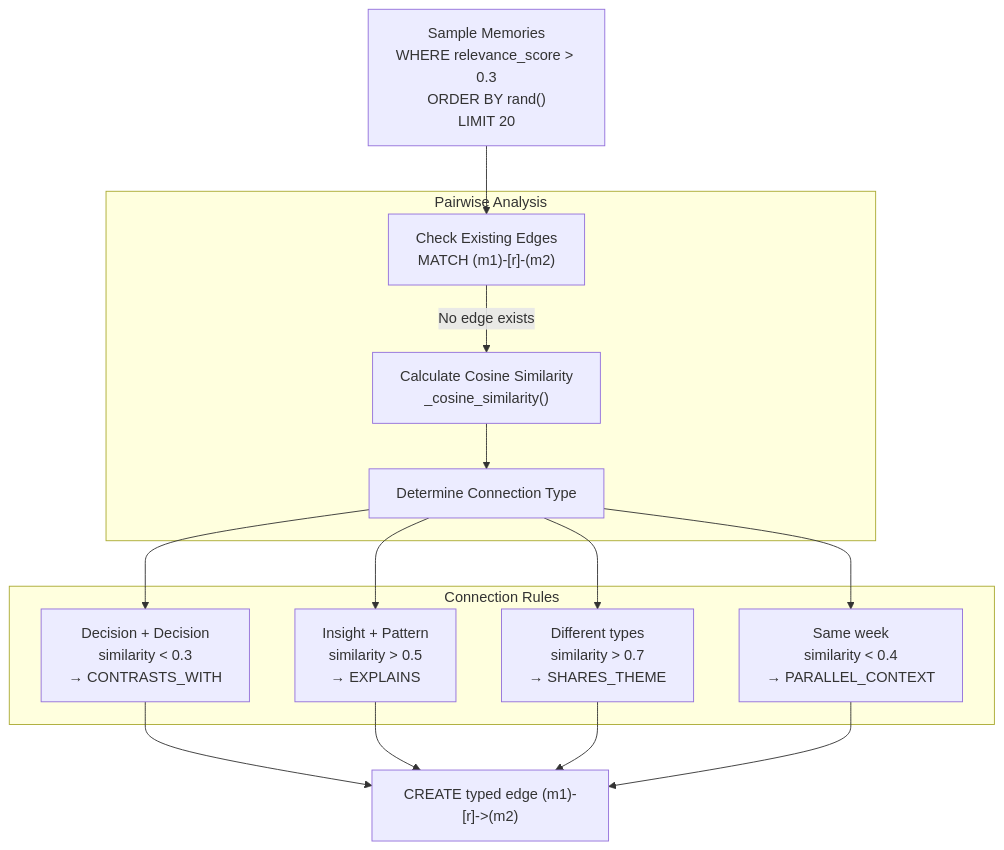
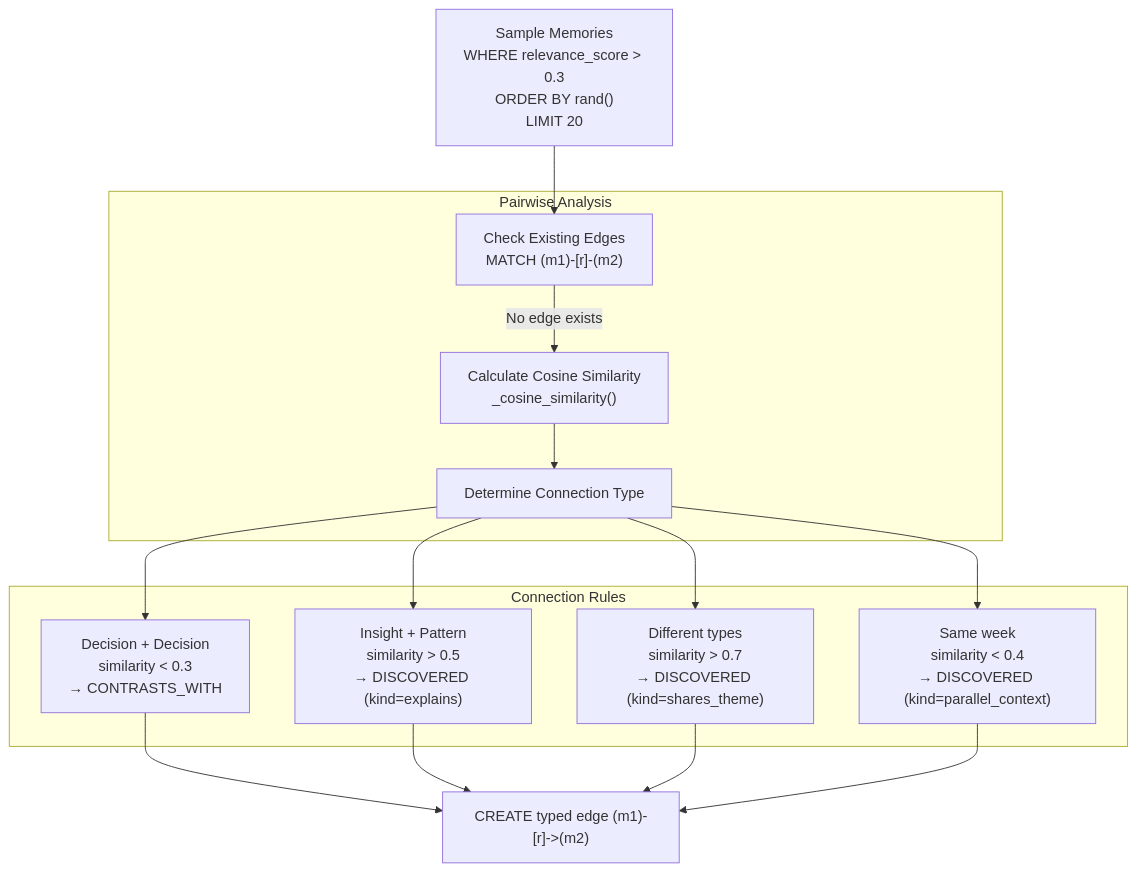
Before and after one commit to verygoodplugins/automem-website: the third of 5 diagrams in src/content/docs/docs/core-concepts/consolidation.md, drawn with Mermaid. The commit also changed other lines of this file and 14 other files, not shown here.

````diff
--- a/src/content/docs/docs/core-concepts/consolidation.md
+++ b/src/content/docs/docs/core-concepts/consolidation.md
@@ -181,30 +181,30 @@
 ```mermaid
 graph TB
     Sample["Sample Memories<br/>WHERE relevance_score > 0.3<br/>ORDER BY rand()<br/>LIMIT 20"]
 
     subgraph "Pairwise Analysis"
         Check["Check Existing Edges<br/>MATCH (m1)-[r]-(m2)"]
         Similarity["Calculate Cosine Similarity<br/>_cosine_similarity()"]
         Type["Determine Connection Type"]
     end
 
     subgraph "Connection Rules"
         R1["Decision + Decision<br/>similarity < 0.3<br/>→ CONTRASTS_WITH"]
-        R2["Insight + Pattern<br/>similarity > 0.5<br/>→ EXPLAINS"]
-        R3["Different types<br/>similarity > 0.7<br/>→ SHARES_THEME"]
-        R4["Same week<br/>similarity < 0.4<br/>→ PARALLEL_CONTEXT"]
+        R2["Insight + Pattern<br/>similarity > 0.5<br/>→ DISCOVERED (kind=explains)"]
+        R3["Different types<br/>similarity > 0.7<br/>→ DISCOVERED (kind=shares_theme)"]
+        R4["Same week<br/>similarity < 0.4<br/>→ DISCOVERED (kind=parallel_context)"]
     end
 
     Sample --> Check
     Check -->|"No edge exists"| Similarity
     Similarity --> Type
     Type --> R1
     Type --> R2
     Type --> R3
     Type --> R4
 
     R1 --> Create["CREATE typed edge (m1)-[r]->(m2)"]
     R2 --> Create
     R3 --> Create
     R4 --> Create
 ```
````
